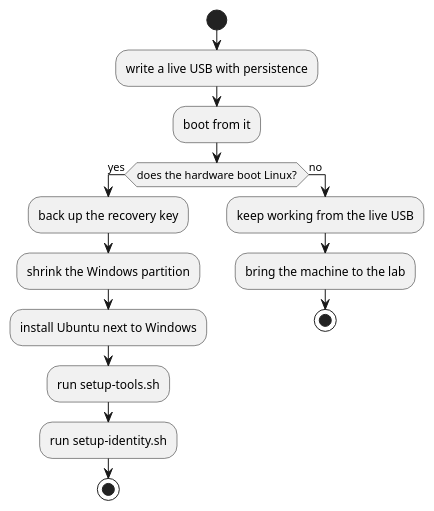
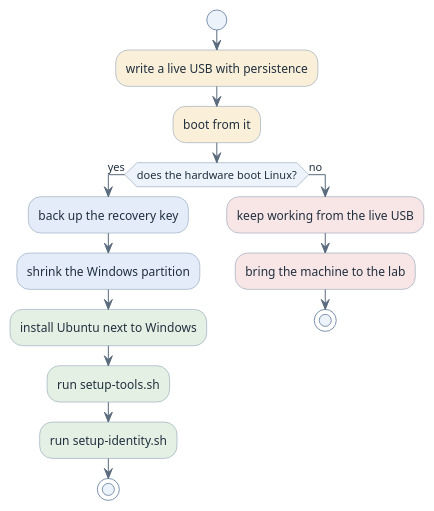
Before and after one commit to htl-leonding-college/curriculum-syp3: the diagram in modules/learning-environment-setup/index.adoc, drawn with PlantUML. The commit also changed 65 other files, not shown here.

First line of the commit message:
feat(site): give the diagrams a semantic pastel palette

```diff
--- a/modules/learning-environment-setup/index.adoc
+++ b/modules/learning-environment-setup/index.adoc
@@ -71,22 +71,31 @@
 [plantuml,setup-order,svg]
 ----
 @startuml
-skinparam monochrome true
+<style>
+element { BackgroundColor #EDF3FA; LineColor #7C93AD; FontColor #21303F }
+arrow { LineColor #5A6B7D; FontColor #21303F }
+.key { BackgroundColor #E3ECF8 }
+.work { BackgroundColor #FAF0D9 }
+.ok { BackgroundColor #E4F0E4 }
+.bad { BackgroundColor #F8E5E5 }
+.aside { BackgroundColor #ECE6F7 }
+.muted { BackgroundColor #F0F2F5 }
+</style>
 skinparam shadowing false
 start
-:write a live USB with persistence;
-:boot from it;
+:write a live USB with persistence; <<work>>
+:boot from it; <<work>>
 if (does the hardware boot Linux?) then (yes)
-  :back up the recovery key;
-  :shrink the Windows partition;
-  :install Ubuntu next to Windows;
-  :run setup-tools.sh;
-  :run setup-identity.sh;
+  :back up the recovery key; <<key>>
+  :shrink the Windows partition; <<key>>
+  :install Ubuntu next to Windows; <<ok>>
+  :run setup-tools.sh; <<ok>>
+  :run setup-identity.sh; <<ok>>
   stop
 else (no)
-  :keep working from the live USB;
-  :bring the machine to the lab;
+  :keep working from the live USB; <<bad>>
+  :bring the machine to the lab; <<bad>>
   stop
 endif
 @enduml
 ----
```
